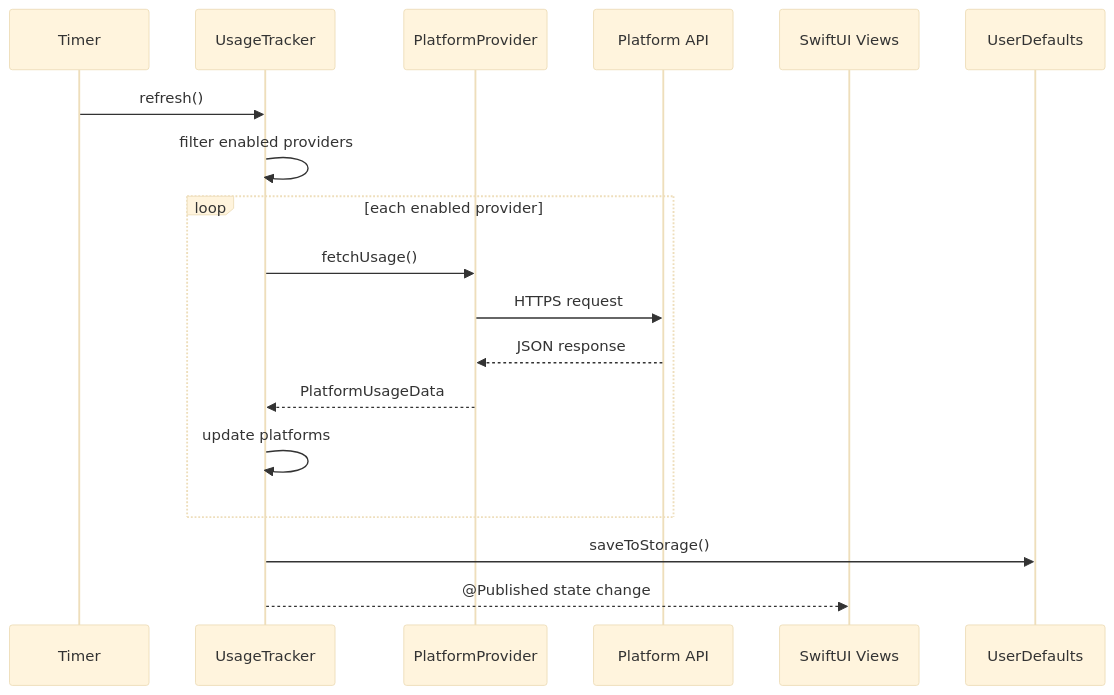
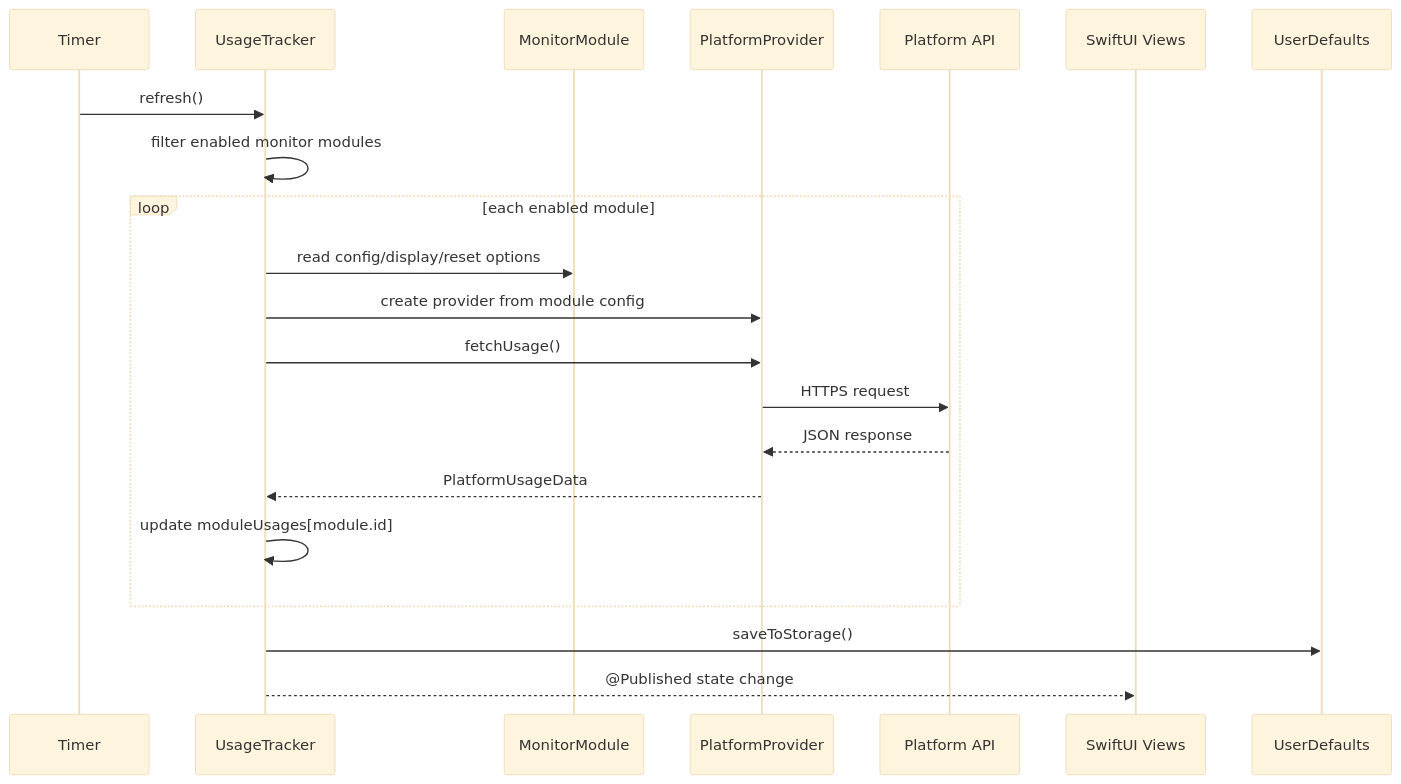
Before and after one commit to wayyoungboy/code_bar: the fourth of 6 diagrams in docs/uml-diagrams.md, drawn with Mermaid (base theme). The commit also changed other lines of this file and 14 other files, not shown here.

````diff
--- a/docs/uml-diagrams.md
+++ b/docs/uml-diagrams.md
@@ -118,21 +136,24 @@
 ```mermaid
 sequenceDiagram
     participant Timer
     participant Tracker as UsageTracker
+    participant Module as MonitorModule
     participant Provider as PlatformProvider
     participant API as Platform API
     participant UI as SwiftUI Views
     participant Cache as UserDefaults
 
     Timer->>Tracker: refresh()
-    Tracker->>Tracker: filter enabled providers
-    loop each enabled provider
+    Tracker->>Tracker: filter enabled monitor modules
+    loop each enabled module
+        Tracker->>Module: read config/display/reset options
+        Tracker->>Provider: create provider from module config
         Tracker->>Provider: fetchUsage()
         Provider->>API: HTTPS request
         API-->>Provider: JSON response
         Provider-->>Tracker: PlatformUsageData
-        Tracker->>Tracker: update platforms
+        Tracker->>Tracker: update moduleUsages[module.id]
     end
     Tracker->>Cache: saveToStorage()
     Tracker-->>UI: @Published state change
 ```
````
